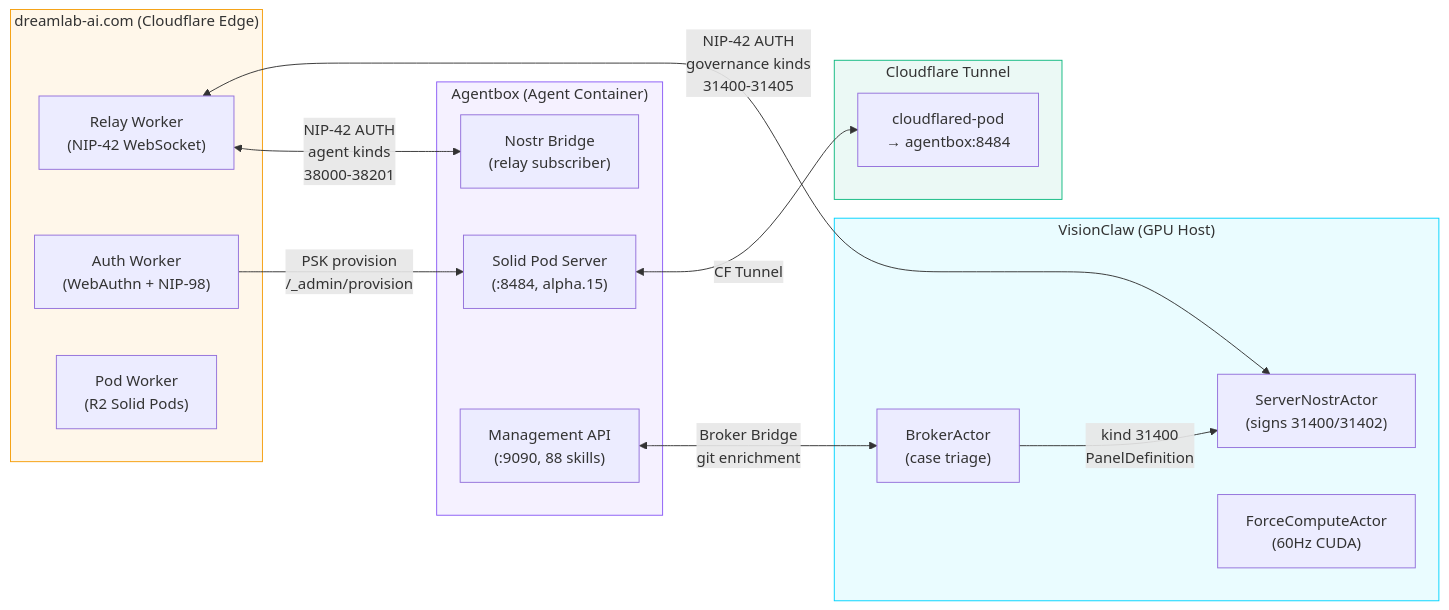
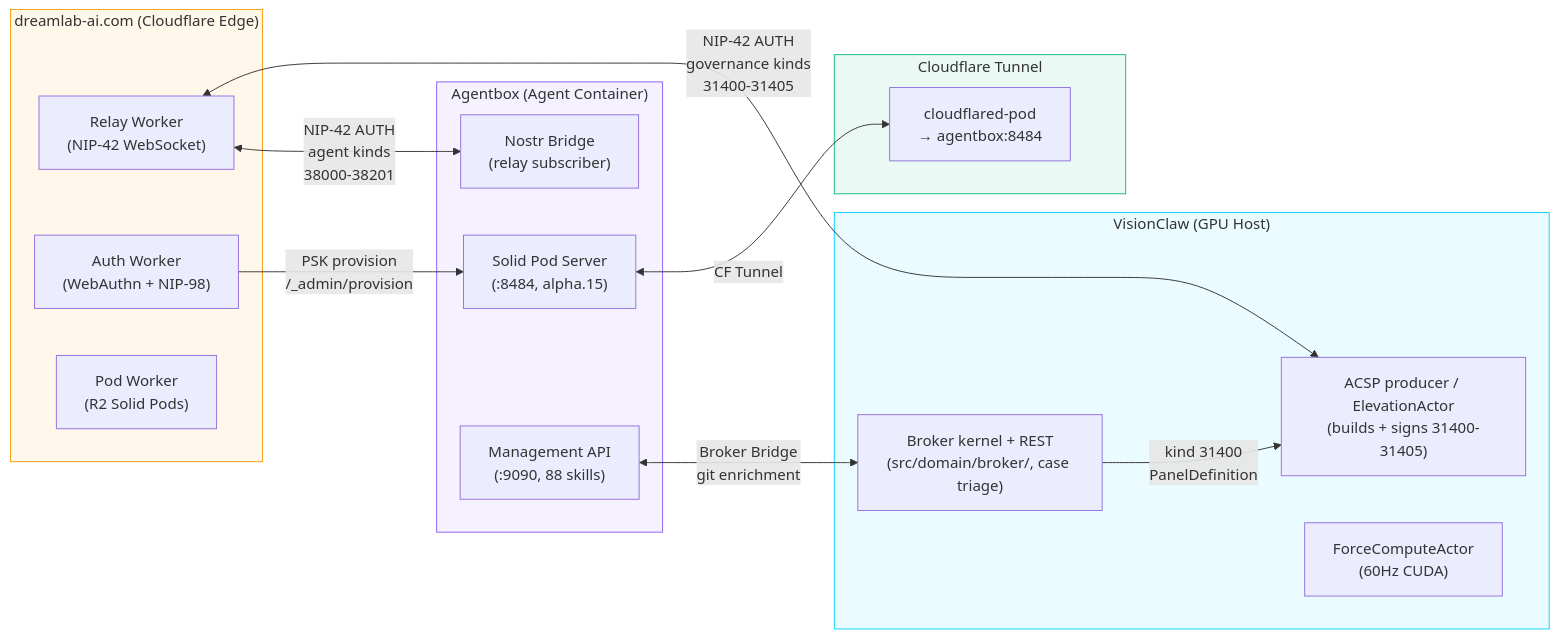
Before and after one commit to DreamLab-AI/AR-AI-Knowledge-Graph: the second of 3 diagrams in docs/explanation/visionflow-coordination-platform.md, drawn with Mermaid. The commit also changed 7 other files, not shown here.

````diff
--- a/docs/explanation/visionflow-coordination-platform.md
+++ b/docs/explanation/visionflow-coordination-platform.md
@@ -120,36 +120,36 @@
 ```mermaid
 flowchart LR
     subgraph SITE["dreamlab-ai.com (Cloudflare Edge)"]
         RW["Relay Worker\n(NIP-42 WebSocket)"]
         AW["Auth Worker\n(WebAuthn + NIP-98)"]
         PW["Pod Worker\n(R2 Solid Pods)"]
     end
 
     subgraph VC_HOST["VisionClaw (GPU Host)"]
-        BA["BrokerActor\n(case triage)"]
-        SNA["ServerNostrActor\n(signs 31400/31402)"]
+        BA["Broker kernel + REST\n(src/domain/broker/, case triage)"]
+        SNA["ACSP producer / ElevationActor\n(builds + signs 31400-31405)"]
         PHYSICS["ForceComputeActor\n(60Hz CUDA)"]
     end
 
     subgraph AB_HOST["Agentbox (Agent Container)"]
         NB["Nostr Bridge\n(relay subscriber)"]
         SP["Solid Pod Server\n(:8484, alpha.15)"]
         MA["Management API\n(:9090, 88 skills)"]
     end
 
     subgraph TUNNEL["Cloudflare Tunnel"]
         CFT["cloudflared-pod\n→ agentbox:8484"]
     end
 
     RW <-->|"NIP-42 AUTH\ngovernance kinds\n31400-31405"| SNA
     RW <-->|"NIP-42 AUTH\nagent kinds\n38000-38201"| NB
     BA -->|"kind 31400\nPanelDefinition"| SNA
     AW -->|"PSK provision\n/_admin/provision"| SP
     SP <-->|"CF Tunnel"| CFT
     MA <-->|"Broker Bridge\ngit enrichment"| BA
 
     style SITE fill:#f59e0b15,stroke:#f59e0b
     style VC_HOST fill:#00d4ff15,stroke:#00d4ff
     style AB_HOST fill:#8b5cf615,stroke:#8b5cf6
     style TUNNEL fill:#10b98115,stroke:#10b981
 ```
````
